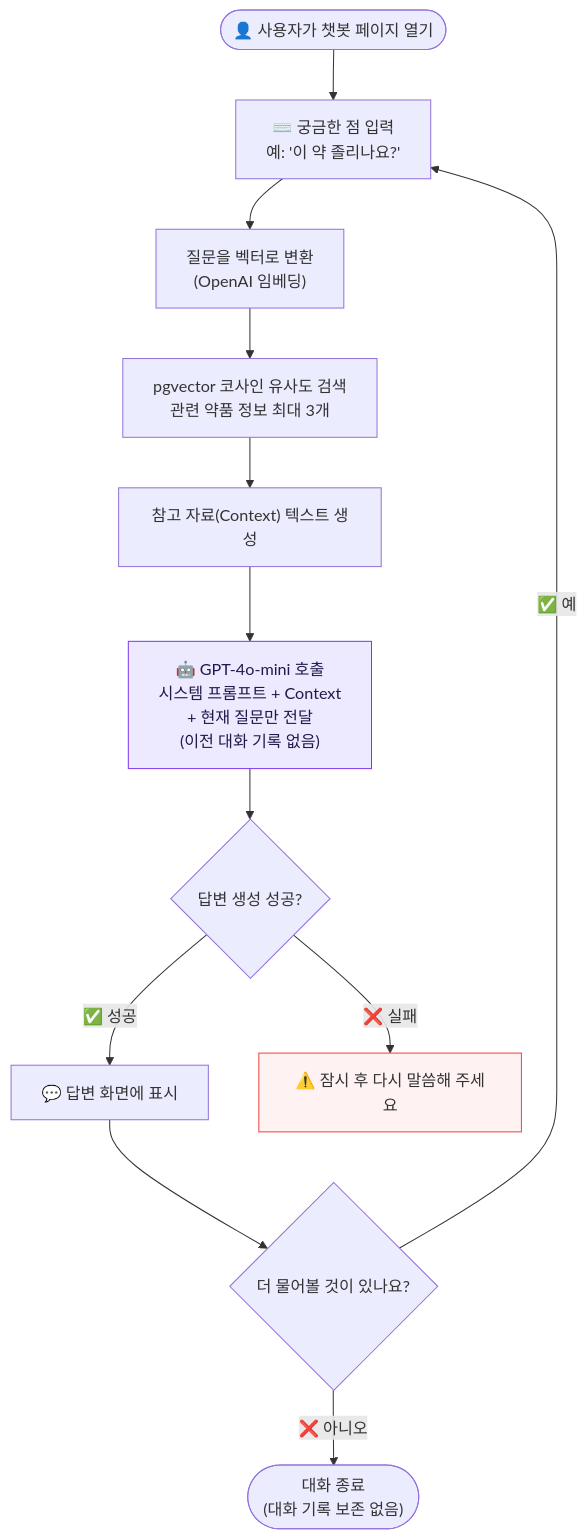
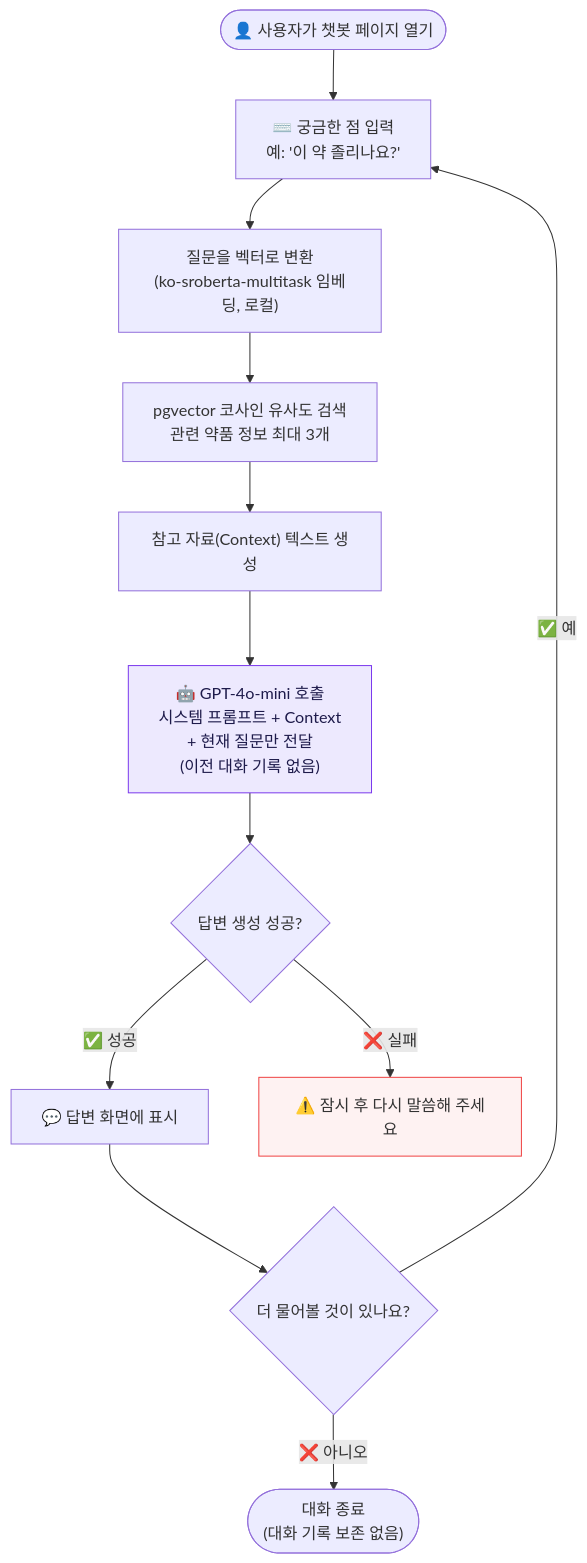
The fourth of 5 diagrams in docs/FLOWCHART_ADVANCED.md (AI-HealthCare-02/AI_02_06), drawn with Mermaid before and after one commit. The commit also changed other lines of this file and 2 other files, not shown here.

First line of the commit message:
docs: 플로우차트 임베딩 모델·OCR 파이프라인·멀티턴 전략 반영

````diff
--- a/docs/FLOWCHART_ADVANCED.md
+++ b/docs/FLOWCHART_ADVANCED.md
@@ -237,23 +224,23 @@
 ```mermaid
 flowchart TD
     U_START(["👤 사용자가 챗봇 페이지 열기"])
 
     U_START --> INPUT["⌨️ 궁금한 점 입력<br />예: '이 약 졸리나요?'"]
-    INPUT --> EMB["질문을 벡터로 변환<br />(OpenAI 임베딩)"]
+    INPUT --> EMB["질문을 벡터로 변환<br />(ko-sroberta-multitask 임베딩, 로컬)"]
 
     EMB --> SEARCH["pgvector 코사인 유사도 검색<br />관련 약품 정보 최대 3개"]
     SEARCH --> CONTEXT["참고 자료(Context) 텍스트 생성"]
 
     CONTEXT --> GPT["🤖 GPT-4o-mini 호출<br />시스템 프롬프트 + Context<br />+ 현재 질문만 전달<br />(이전 대화 기록 없음)"]
 
     GPT --> RESULT{"답변 생성 성공?"}
     RESULT -- "✅ 성공" --> SHOW["💬 답변 화면에 표시"]
     RESULT -- "❌ 실패" --> ERR["⚠️ 잠시 후 다시 말씀해 주세요"]
 
     SHOW --> NEXT{"더 물어볼 것이 있나요?"}
     NEXT -- "✅ 예" --> INPUT
     NEXT -- "❌ 아니오" --> END(["대화 종료<br />(대화 기록 보존 없음)"])
 
     style GPT fill:#ede9fe,stroke:#7c3aed,color:#1e1b4b
     style ERR fill:#fef2f2,stroke:#ef4444
 ```
````
